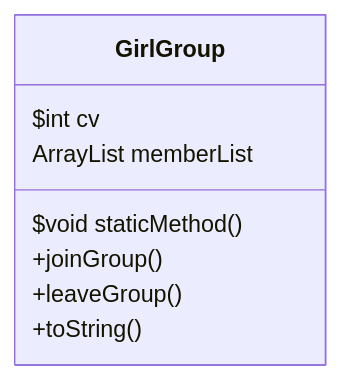
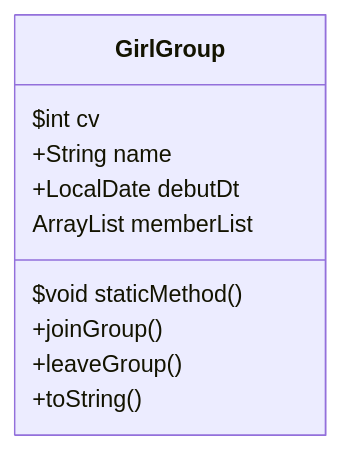
One commit to Jisu-Shin/javaStudy changed the first of 2 diagrams in README.md. Above: the diagram before and after it, drawn with Mermaid. The commit also changed other lines of this file and 12 other files, not shown here.

````diff
--- a/README.md
+++ b/README.md
@@ -4,11 +4,13 @@
 ```mermaid
 classDiagram
     class GirlGroup{ 
         $int cv
-      ArrayList<Member> memberList
-      $void staticMethod()
-      +joinGroup()
-      +leaveGroup()
-      +toString()
+        +String name
+        +LocalDate debutDt
+        ArrayList<Member> memberList
+        $void staticMethod()
+        +joinGroup()
+        +leaveGroup()
+        +toString()
     }
 ```
````
